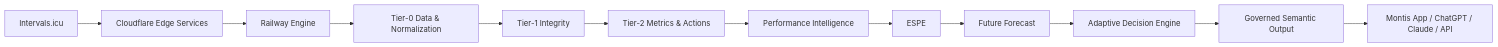
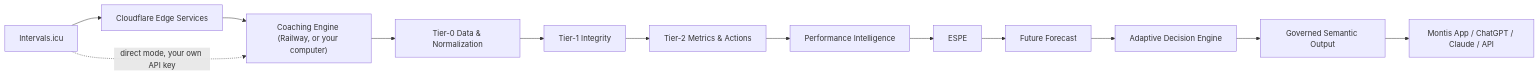
The diagram in README.md (revo2wheels/intervalsicugptcoach-public), drawn with Mermaid before and after one commit. The commit also changed other lines of this file and 5 other files, not shown here.

````diff
--- a/README.md
+++ b/README.md
@@ -19,14 +19,15 @@
 ```mermaid
 flowchart LR
     ICU[Intervals.icu] --> EDGE[Cloudflare Edge Services]
-    EDGE --> ENGINE[Railway Engine]
+    EDGE --> ENGINE["Coaching Engine (Railway, or your computer)"]
+    ICU -.->|"direct mode, your own API key"| ENGINE
     ENGINE --> T0[Tier-0 Data & Normalization]
     T0 --> T1[Tier-1 Integrity]
     T1 --> T2[Tier-2 Metrics & Actions]
     T2 --> PI[Performance Intelligence]
     PI --> ESPE[ESPE]
     ESPE --> FORECAST[Future Forecast]
     FORECAST --> ADE[Adaptive Decision Engine]
     ADE --> JSON[Governed Semantic Output]
     JSON --> AI[Montis App / ChatGPT / Claude / API]
 ```
````
